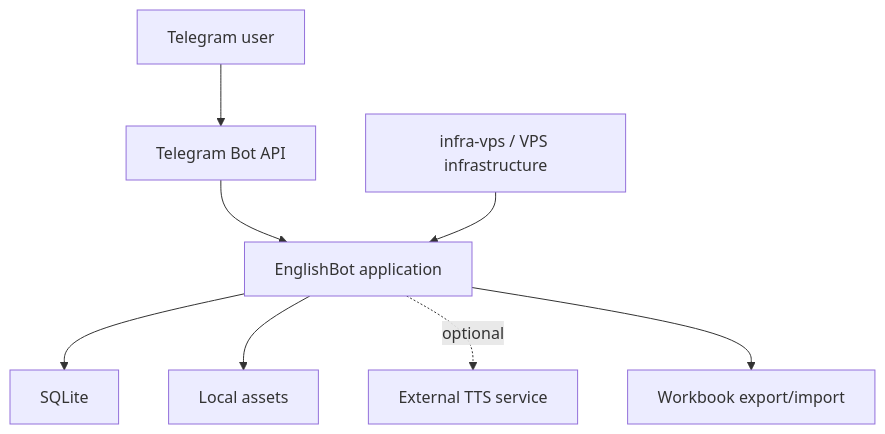
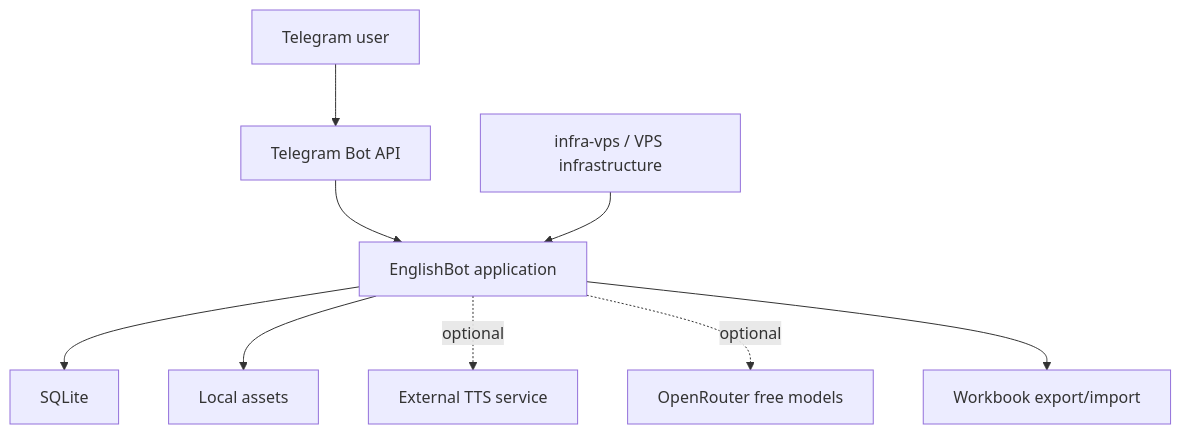
Before and after one commit to IavnFGV/EnglishBot-with-agents: the diagram in README.md, drawn with Mermaid. The commit also changed other lines of this file and 87 other files, not shown here.

````diff
--- a/README.md
+++ b/README.md
@@ -33,10 +34,11 @@
 ```mermaid
 flowchart TD
     U[Telegram user] --> TG[Telegram Bot API]
     TG --> B[EnglishBot application]
     B --> DB[SQLite]
     B --> AS[Local assets]
     B -. optional .-> TTS[External TTS service]
+    B -. optional .-> OR[OpenRouter free models]
     B --> XLSX[Workbook export/import]
     INFRA[infra-vps / VPS infrastructure] --> B
 ```
````
